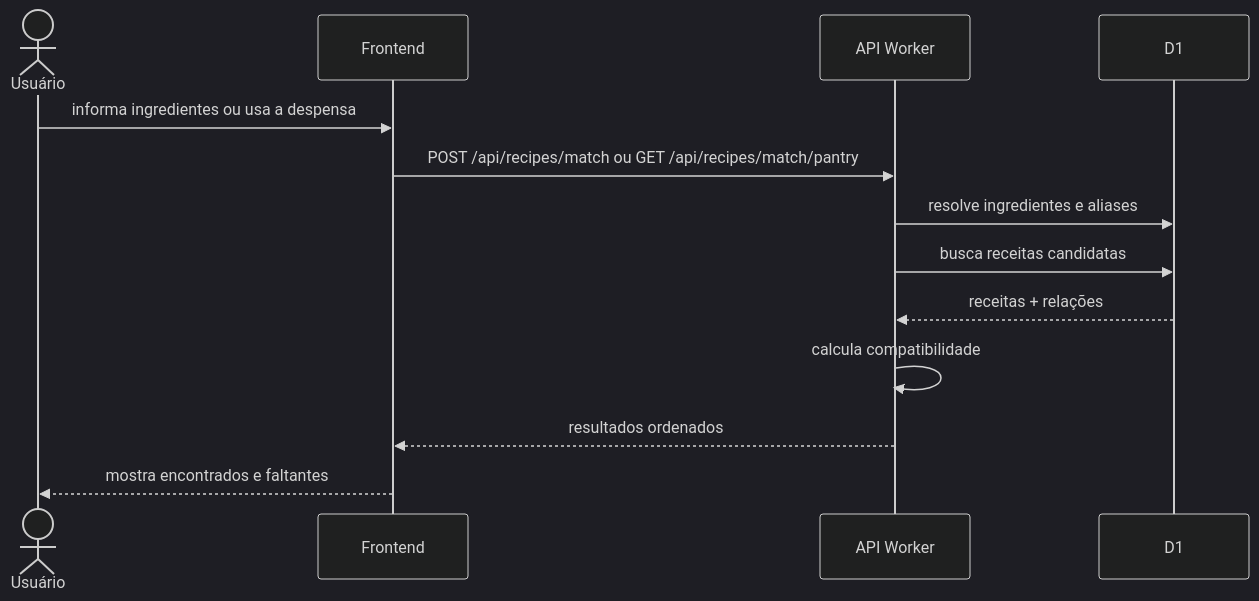
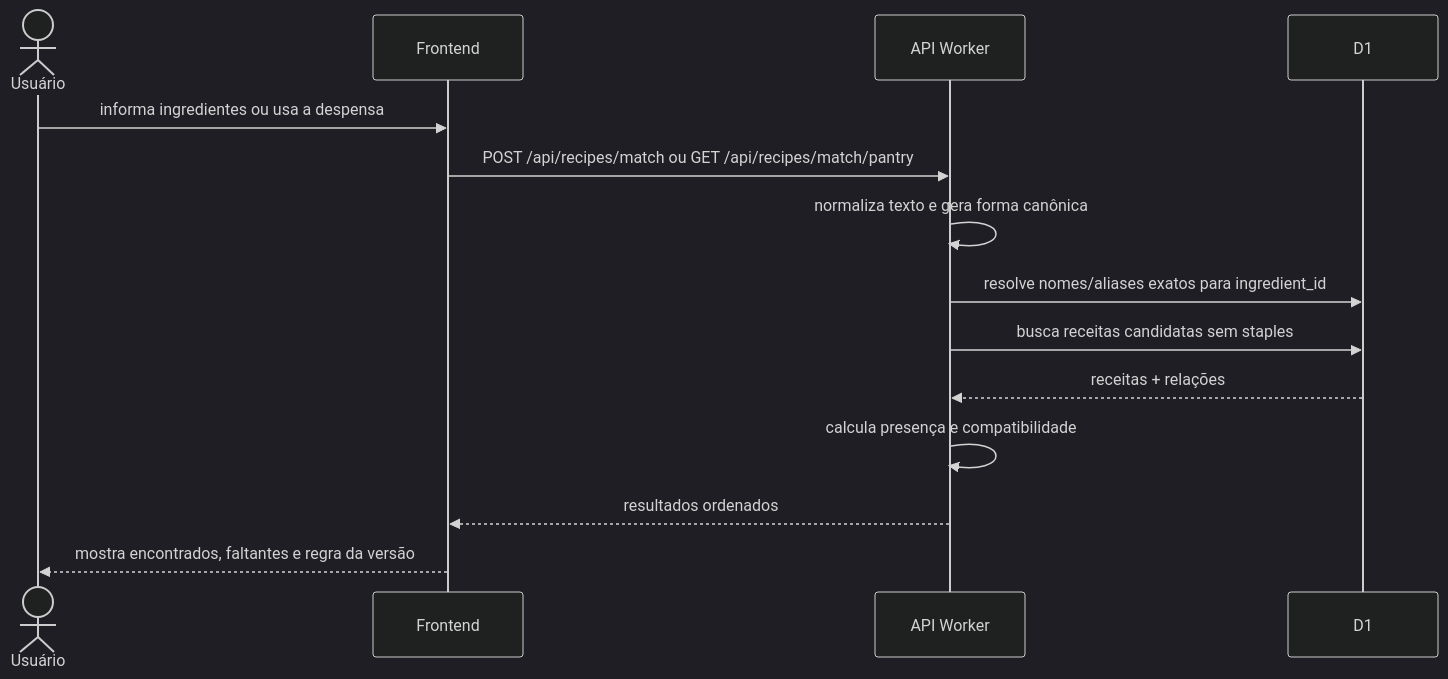
One commit to pitado/receitando changed the second of 3 diagrams in docs/architecture.md. Above: the diagram before and after it, drawn with Mermaid (dark theme). The commit also changed other lines of this file, not shown here.

````diff
--- a/docs/architecture.md
+++ b/docs/architecture.md
@@ -117,16 +123,17 @@
 ```mermaid
 sequenceDiagram
     actor Usuario as Usuário
     participant Web as Frontend
     participant API as API Worker
     participant DB as D1
 
     Usuario->>Web: informa ingredientes ou usa a despensa
     Web->>API: POST /api/recipes/match ou GET /api/recipes/match/pantry
-    API->>DB: resolve ingredientes e aliases
-    API->>DB: busca receitas candidatas
+    API->>API: normaliza texto e gera forma canônica
+    API->>DB: resolve nomes/aliases exatos para ingredient_id
+    API->>DB: busca receitas candidatas sem staples
     DB-->>API: receitas + relações
-    API->>API: calcula compatibilidade
+    API->>API: calcula presença e compatibilidade
     API-->>Web: resultados ordenados
-    Web-->>Usuario: mostra encontrados e faltantes
+    Web-->>Usuario: mostra encontrados, faltantes e regra da versão
 ```
````
